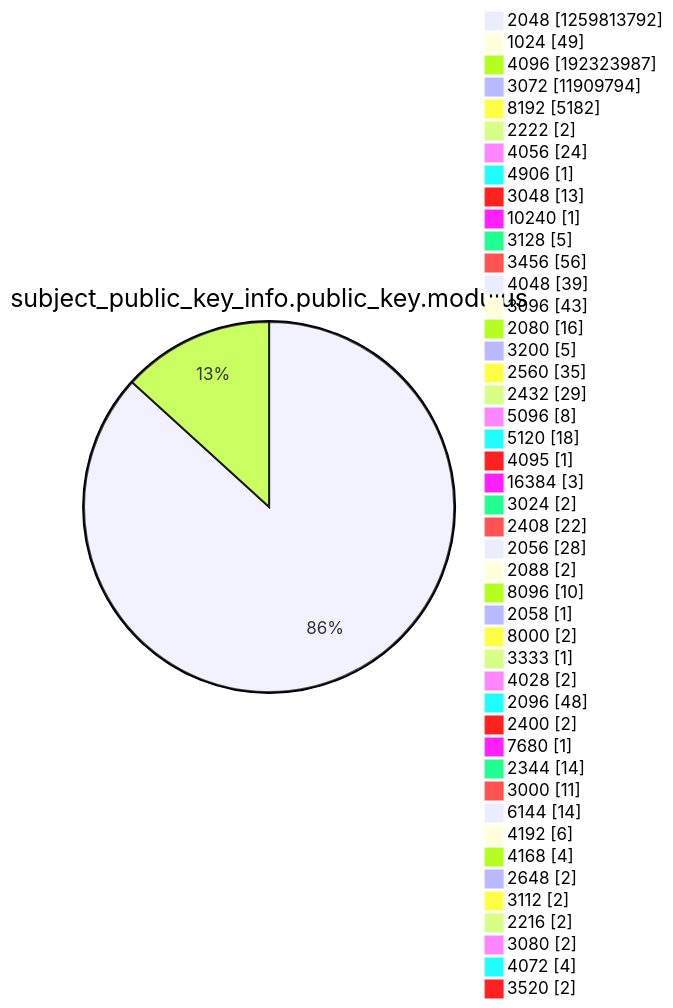
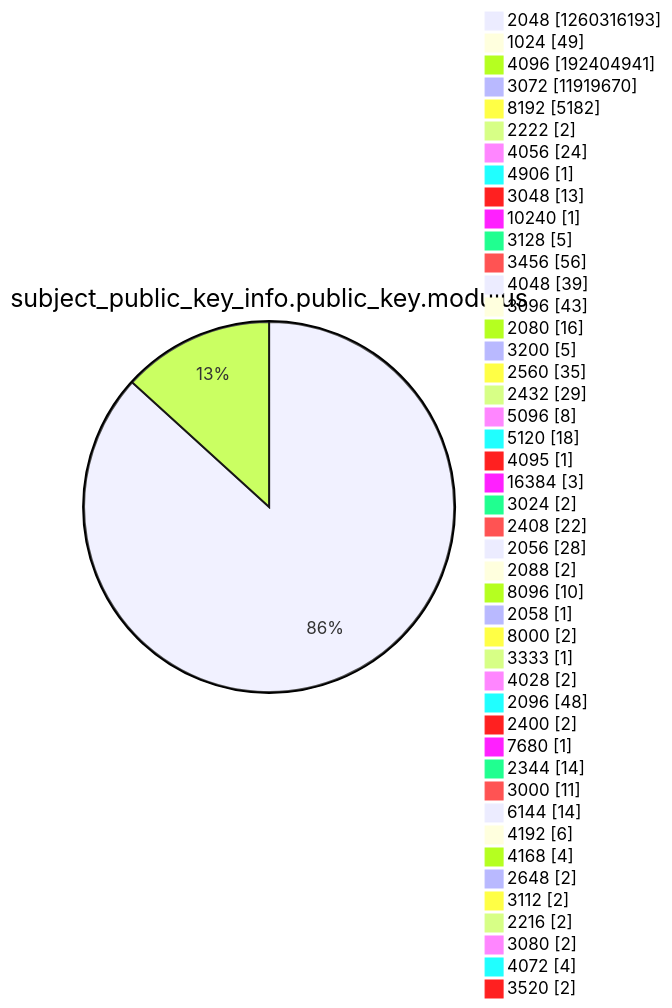
One commit to christiankrug/ctmonitor_visualization changed diagram 13 of 15 in xenon2022/README.md. Above: the diagram before and after it, drawn with Mermaid. The commit also changed other lines of this file, not shown here.

````diff
--- a/xenon2022/README.md
+++ b/xenon2022/README.md
@@ -3920,49 +3920,49 @@
 ```mermaid
 pie showData
 title subject_public_key_info.public_key.modulus
-"2048" :1259813792
+"2048" :1260316193
 "1024" :49
-"4096" :192323987
-"3072" :11909794
+"4096" :192404941
+"3072" :11919670
 "8192" :5182
 "2222" :2
 "4056" :24
 "4906" :1
 "3048" :13
 "10240" :1
 "3128" :5
 "3456" :56
 "4048" :39
 "3096" :43
 "2080" :16
 "3200" :5
 "2560" :35
 "2432" :29
 "5096" :8
 "5120" :18
 "4095" :1
 "16384" :3
 "3024" :2
 "2408" :22
 "2056" :28
 "2088" :2
 "8096" :10
 "2058" :1
 "8000" :2
 "3333" :1
 "4028" :2
 "2096" :48
 "2400" :2
 "7680" :1
 "2344" :14
 "3000" :11
 "6144" :14
 "4192" :6
 "4168" :4
 "2648" :2
 "3112" :2
 "2216" :2
 "3080" :2
 "4072" :4
 "3520" :2
 ```
````
